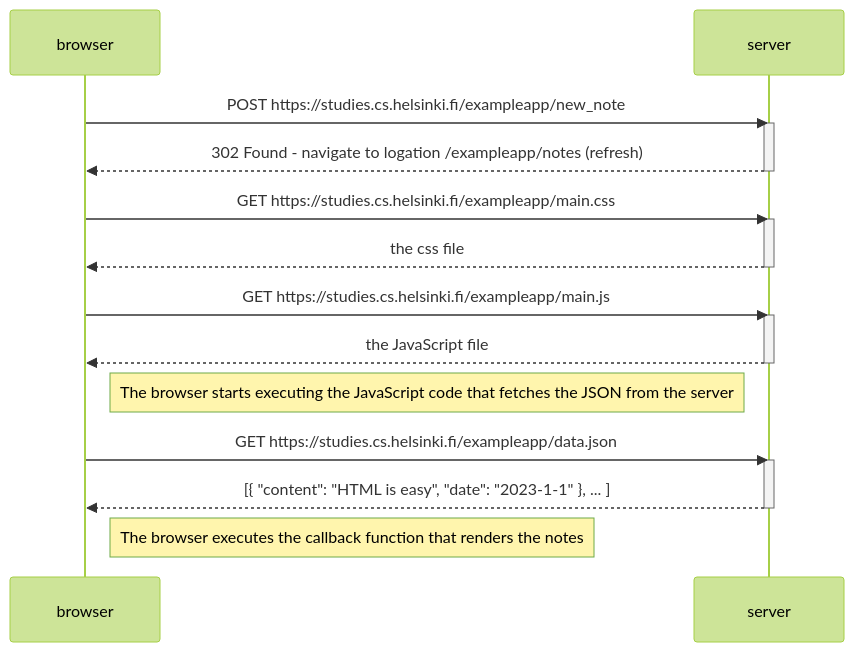
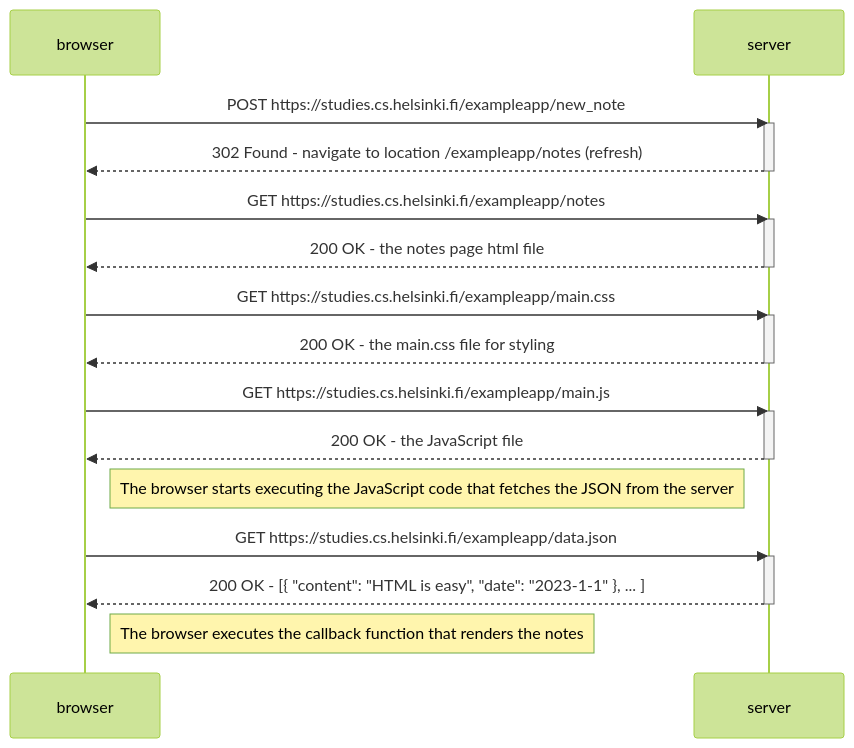
One commit to philipmuller/fullstackopen changed the diagram in Part0/04.md. Above: the diagram before and after it, drawn with Mermaid (forest theme).

Commit message:
Update 04.md
full graph

````diff
--- a/Part0/04.md
+++ b/Part0/04.md
@@ -3,29 +3,34 @@
 ```mermaid
 sequenceDiagram
     participant browser
     participant server
 
     browser->>server: POST https://studies.cs.helsinki.fi/exampleapp/new_note
     activate server
-    server-->>browser: 302 Found - navigate to logation /exampleapp/notes (refresh)
+    server-->>browser: 302 Found - navigate to location /exampleapp/notes (refresh)
+    deactivate server
+
+    browser->>server: GET https://studies.cs.helsinki.fi/exampleapp/notes
+    activate server
+    server-->>browser: 200 OK - the notes page html file
     deactivate server
 
     browser->>server: GET https://studies.cs.helsinki.fi/exampleapp/main.css
     activate server
-    server-->>browser: the css file
+    server-->>browser: 200 OK - the main.css file for styling
     deactivate server
 
     browser->>server: GET https://studies.cs.helsinki.fi/exampleapp/main.js
     activate server
-    server-->>browser: the JavaScript file
+    server-->>browser: 200 OK - the JavaScript file
     deactivate server
 
     Note right of browser: The browser starts executing the JavaScript code that fetches the JSON from the server
 
     browser->>server: GET https://studies.cs.helsinki.fi/exampleapp/data.json
     activate server
-    server-->>browser: [{ "content": "HTML is easy", "date": "2023-1-1" }, ... ]
+    server-->>browser: 200 OK - [{ "content": "HTML is easy", "date": "2023-1-1" }, ... ]
     deactivate server
 
     Note right of browser: The browser executes the callback function that renders the notes
 ```
````
